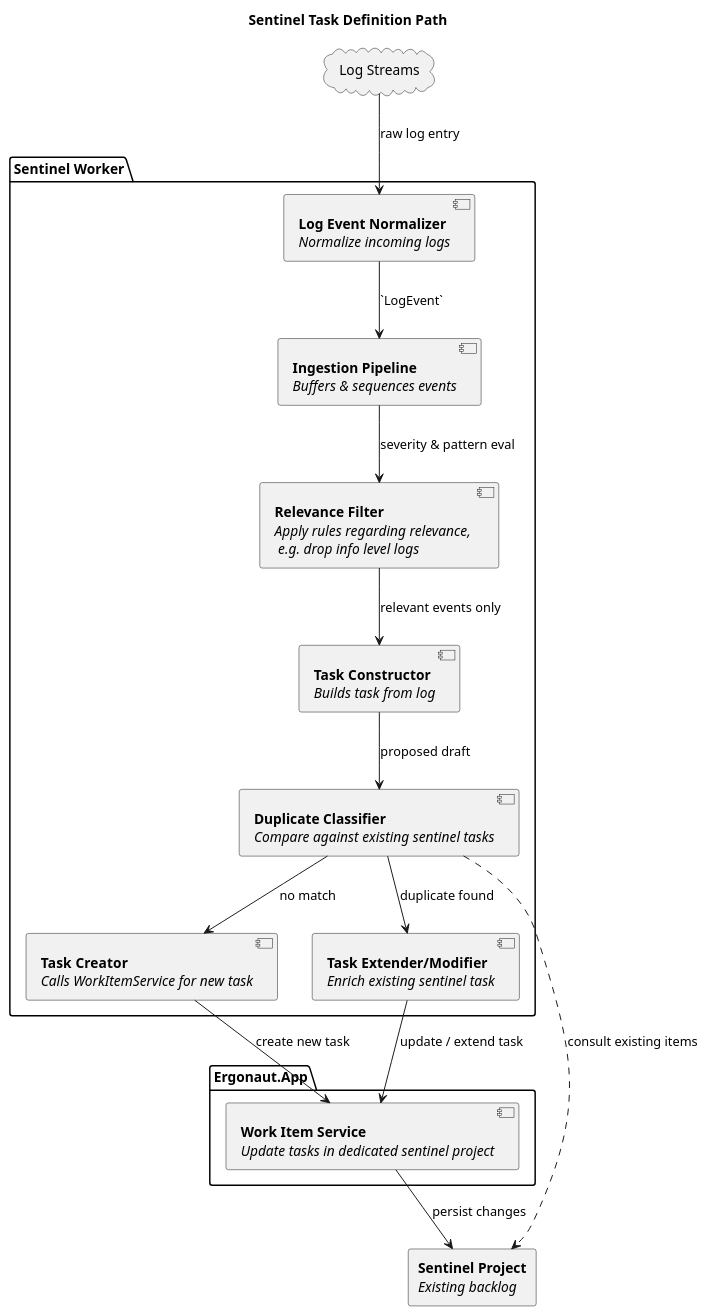
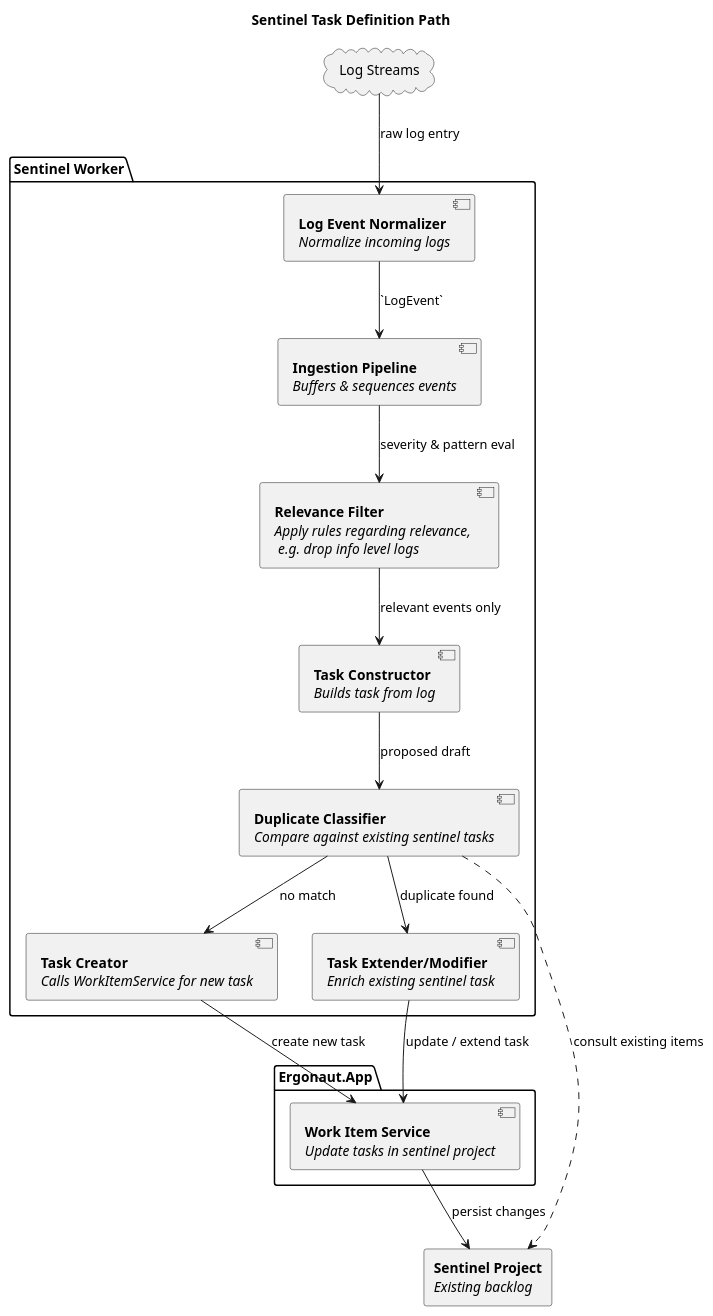
Before and after one commit to LukasLeindals/ergonaut: the diagram in docs/uml/sentinel-task-flow.puml, drawn with PlantUML. The commit also changed 8 other files, not shown here.

```diff
--- a/docs/uml/sentinel-task-flow.puml
+++ b/docs/uml/sentinel-task-flow.puml
@@ -1,37 +1,37 @@
 @startuml sentinel_task_definition
 title Sentinel Task Definition Path
 
 cloud "Log Streams" as LogStreams
 
 package "Sentinel Worker" {
   component "<b>Log Event Normalizer</b>\n<i>Normalize incoming logs</i>" as Source
   component "<b>Ingestion Pipeline</b>\n<i>Buffers & sequences events</i>" as Pipeline
   component "<b>Relevance Filter</b>\n<i>Apply rules regarding relevance,</i> \n <i>e.g. drop info level logs</i>" as RelevanceFilter
   component "<b>Task Constructor</b>\n<i>Builds task from log</i>" as Constructor
   component "<b>Duplicate Classifier</b>\n<i>Compare against existing sentinel tasks</i>" as DuplicateClassifier
   component "<b>Task Creator</b>\n<i>Calls WorkItemService for new task</i>" as TaskCreator
   component "<b>Task Extender/Modifier</b>\n<i>Enrich existing sentinel task</i>" as TaskExtender
 }
 
 package "Ergonaut.App" {
-  component "<b>Work Item Service</b>\n<i>Update tasks in dedicated sentinel project</i>" as WorkItemService
+  component "<b>Work Item Service</b>\n<i>Update tasks in sentinel project</i>" as WorkItemService
 }
 
 rectangle "<b>Sentinel Project</b>\n<i>Existing backlog</i>" as SentinelProject
 
 
 
 LogStreams --> Source : raw log entry
 Source --> Pipeline : `LogEvent`
 Pipeline --> RelevanceFilter : severity & pattern eval
 RelevanceFilter --> Constructor : relevant events only
 Constructor --> DuplicateClassifier : proposed draft
 DuplicateClassifier --> TaskCreator : no match
 DuplicateClassifier --> TaskExtender : duplicate found
 TaskCreator --> WorkItemService : create new task
 TaskExtender --> WorkItemService : update / extend task
 DuplicateClassifier ..> SentinelProject : consult existing items
 WorkItemService --> SentinelProject : persist changes
 
 
 @enduml
```
